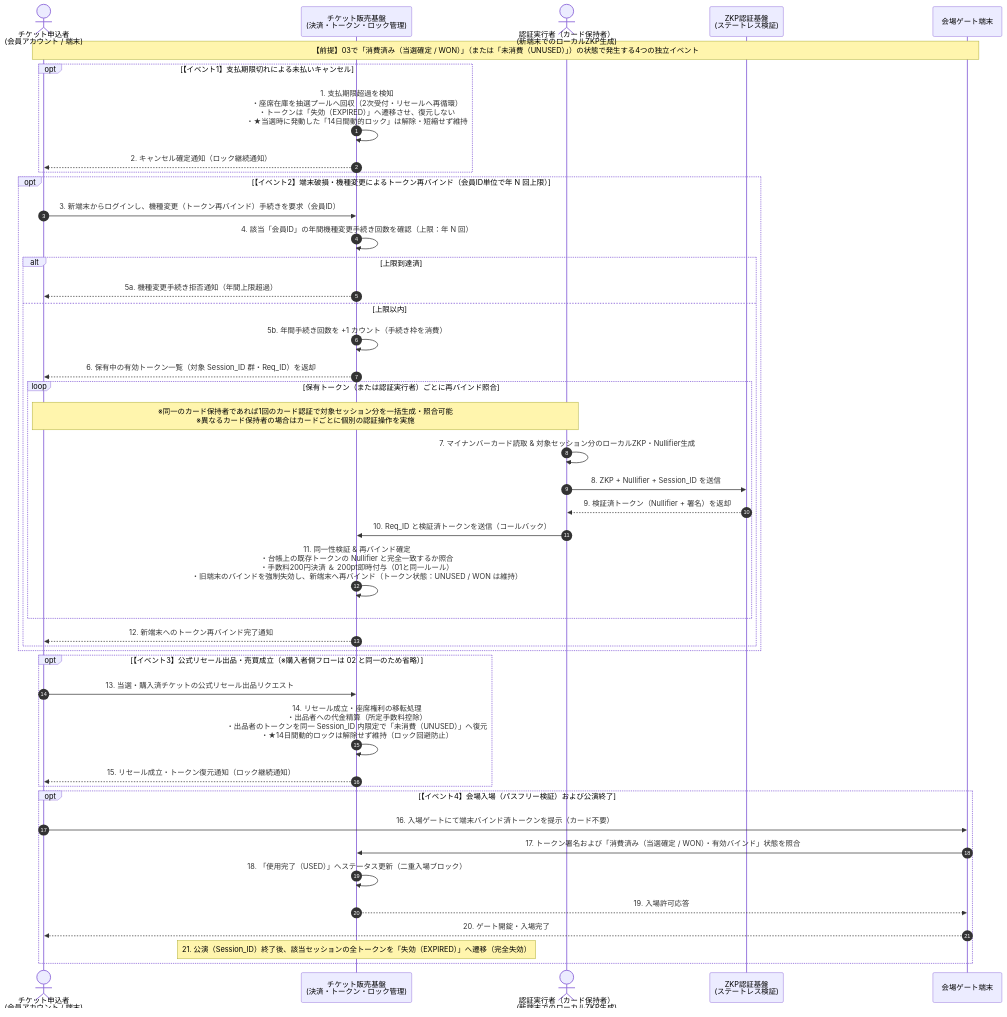
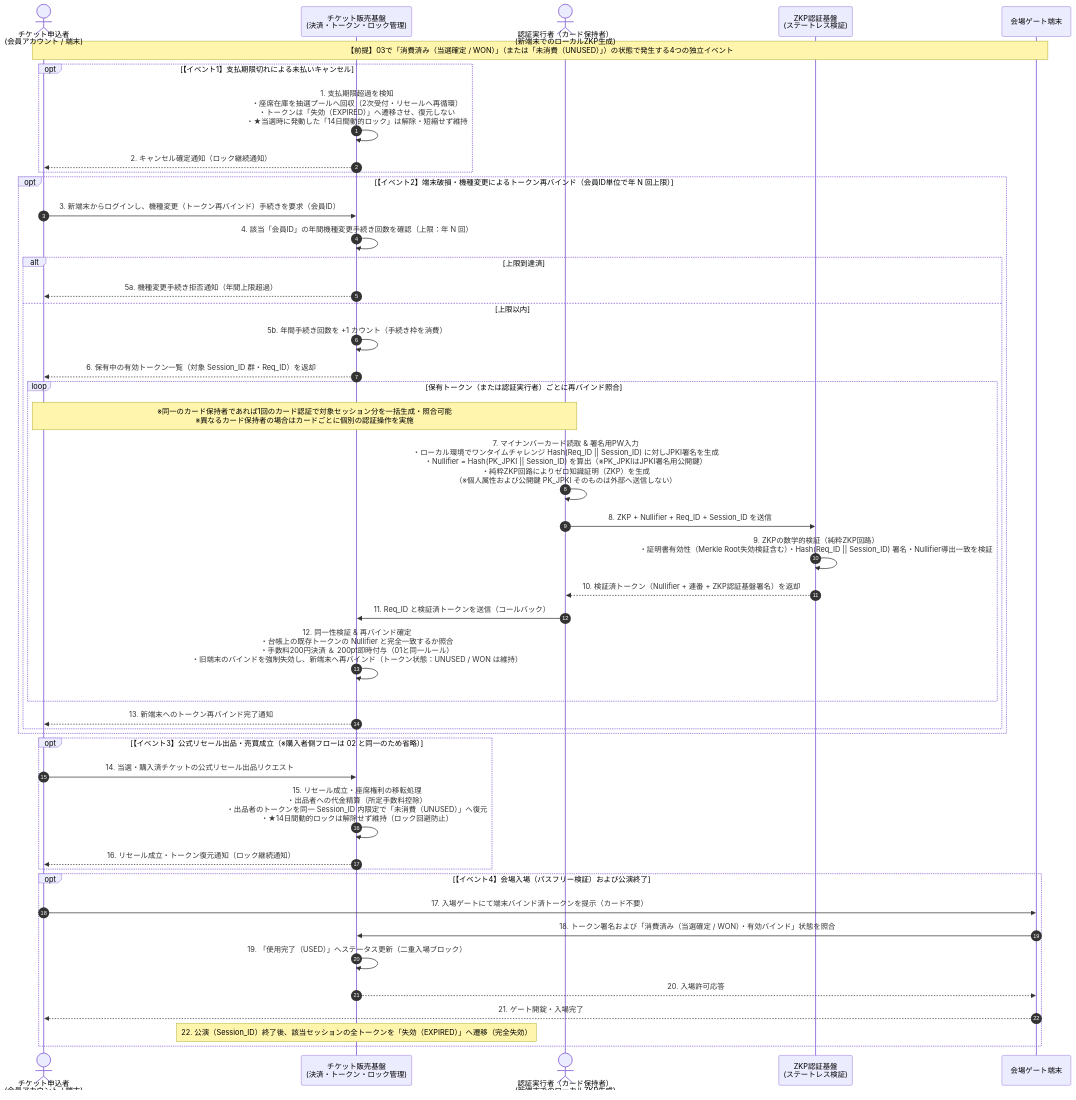
The diagram in anshin-seika-reference/sequences/04_resale_and_venue_entry.md (naochantoiresouji/anshin-seika), drawn with Mermaid before and after one commit. The commit also changed 4 other files, not shown here.

````diff
--- a/anshin-seika-reference/sequences/04_resale_and_venue_entry.md
+++ b/anshin-seika-reference/sequences/04_resale_and_venue_entry.md
@@ -2,60 +2,60 @@
 ```mermaid
 %%{init: {'theme': 'default'}}%%
-
 
 
 sequenceDiagram
     autonumber
     actor Applicant as チケット申込者<br/>(会員アカウント / 端末)
     participant SalesSys as チケット販売基盤<br/>(決済・トークン・ロック管理)
     actor Executor as 認証実行者（カード保持者）<br/>(新端末でのローカルZKP生成)
     participant ZkpAuth as ZKP認証基盤<br/>(ステートレス検証)
     participant Gate as 会場ゲート端末
 
     Note over Applicant, Gate: 【前提】03で「消費済み（当選確定 / WON）」（または「未消費（UNUSED）」）の状態で発生する4つの独立イベント
 
     %% イベント1：未払いキャンセル
     opt 【イベント1】支払期限切れによる未払いキャンセル
         SalesSys->>SalesSys: 1. 支払期限超過を検知<br/>・座席在庫を抽選プールへ回収（2次受付・リセールへ再循環）<br/>・トークンは「失効（EXPIRED）」へ遷移させ、復元しない<br/>・★当選時に発動した「14日間動的ロック」は解除・短縮せず維持
         SalesSys-->>Applicant: 2. キャンセル確定通知（ロック継続通知）
     end
 
     %% イベント2：機種変更・端末破損時の再バインド
     opt 【イベント2】端末破損・機種変更によるトークン再バインド（会員ID単位で年 N 回上限）
         Applicant->>SalesSys: 3. 新端末からログインし、機種変更（トークン再バインド）手続きを要求（会員ID）
         SalesSys->>SalesSys: 4. 該当「会員ID」の年間機種変更手続き回数を確認（上限：年 N 回）
         alt 上限到達済
             SalesSys-->>Applicant: 5a. 機種変更手続き拒否通知（年間上限超過）
         else 上限以内
             SalesSys->>SalesSys: 5b. 年間手続き回数を +1 カウント（手続き枠を消費）
             SalesSys-->>Applicant: 6. 保有中の有効トークン一覧（対象 Session_ID 群・Req_ID）を返却
 
             loop 保有トークン（または認証実行者）ごとに再バインド照合
                 Note over Applicant, Executor: ※同一のカード保持者であれば1回のカード認証で対象セッション分を一括生成・照合可能<br/>※異なるカード保持者の場合はカードごとに個別の認証操作を実施
-                Executor->>Executor: 7. マイナンバーカード読取 & 対象セッション分のローカルZKP・Nullifier生成
-                Executor->>ZkpAuth: 8. ZKP + Nullifier + Session_ID を送信
-                ZkpAuth-->>Executor: 9. 検証済トークン（Nullifier + 署名）を返却
-                Executor->>SalesSys: 10. Req_ID と検証済トークンを送信（コールバック）
-                SalesSys->>SalesSys: 11. 同一性検証 & 再バインド確定<br/>・台帳上の既存トークンの Nullifier と完全一致するか照合<br/>・手数料200円決済 ＆ 200pt即時付与（01と同一ルール）<br/>・旧端末のバインドを強制失効し、新端末へ再バインド（トークン状態：UNUSED / WON は維持）
+                Executor->>Executor: 7. マイナンバーカード読取 & 署名用PW入力<br/>・ローカル環境でワンタイムチャレンジ Hash(Req_ID || Session_ID) に対しJPKI署名を生成<br/>・Nullifier = Hash(PK_JPKI || Session_ID) を算出（※PK_JPKIはJPKI署名用公開鍵）<br/>・純粋ZKP回路によりゼロ知識証明（ZKP）を生成<br/>（※個人属性および公開鍵 PK_JPKI そのものは外部へ送信しない）
+                Executor->>ZkpAuth: 8. ZKP + Nullifier + Req_ID + Session_ID を送信
+                ZkpAuth->>ZkpAuth: 9. ZKPの数学的検証（純粋ZKP回路）<br/>・証明書有効性（Merkle Root失効検証含む）・Hash(Req_ID || Session_ID) 署名・Nullifier導出一致を検証
+                ZkpAuth-->>Executor: 10. 検証済トークン（Nullifier + 連番 + ZKP認証基盤署名）を返却
+                Executor->>SalesSys: 11. Req_ID と検証済トークンを送信（コールバック）
+                SalesSys->>SalesSys: 12. 同一性検証 & 再バインド確定<br/>・台帳上の既存トークンの Nullifier と完全一致するか照合<br/>・手数料200円決済 ＆ 200pt即時付与（01と同一ルール）<br/>・旧端末のバインドを強制失効し、新端末へ再バインド（トークン状態：UNUSED / WON は維持）
             end
-            SalesSys-->>Applicant: 12. 新端末へのトークン再バインド完了通知
+            SalesSys-->>Applicant: 13. 新端末へのトークン再バインド完了通知
         end
     end
 
     %% イベント3：公式リセール出品・成立（出品者側）
     opt 【イベント3】公式リセール出品・売買成立（※購入者側フローは 02 と同一のため省略）
-        Applicant->>SalesSys: 13. 当選・購入済チケットの公式リセール出品リクエスト
-        SalesSys->>SalesSys: 14. リセール成立・座席権利の移転処理<br/>・出品者への代金精算（所定手数料控除）<br/>・出品者のトークンを同一 Session_ID 内限定で「未消費（UNUSED）」へ復元<br/>・★14日間動的ロックは解除せず維持（ロック回避防止）
-        SalesSys-->>Applicant: 15. リセール成立・トークン復元通知（ロック継続通知）
+        Applicant->>SalesSys: 14. 当選・購入済チケットの公式リセール出品リクエスト
+        SalesSys->>SalesSys: 15. リセール成立・座席権利の移転処理<br/>・出品者への代金精算（所定手数料控除）<br/>・出品者のトークンを同一 Session_ID 内限定で「未消費（UNUSED）」へ復元<br/>・★14日間動的ロックは解除せず維持（ロック回避防止）
+        SalesSys-->>Applicant: 16. リセール成立・トークン復元通知（ロック継続通知）
     end
 
     %% イベント4：当日会場入場とセッション終了失効
     opt 【イベント4】会場入場（パスフリー検証）および公演終了
-        Applicant->>Gate: 16. 入場ゲートにて端末バインド済トークンを提示（カード不要）
-        Gate->>SalesSys: 17. トークン署名および「消費済み（当選確定 / WON）・有効バインド」状態を照合
-        SalesSys->>SalesSys: 18. 「使用完了（USED）」へステータス更新（二重入場ブロック）
-        SalesSys-->>Gate: 19. 入場許可応答
-        Gate-->>Applicant: 20. ゲート開錠・入場完了
-        Note over SalesSys: 21. 公演（Session_ID）終了後、該当セッションの全トークンを「失効（EXPIRED）」へ遷移（完全失効）
+        Applicant->>Gate: 17. 入場ゲートにて端末バインド済トークンを提示（カード不要）
+        Gate->>SalesSys: 18. トークン署名および「消費済み（当選確定 / WON）・有効バインド」状態を照合
+        SalesSys->>SalesSys: 19. 「使用完了（USED）」へステータス更新（二重入場ブロック）
+        SalesSys-->>Gate: 20. 入場許可応答
+        Gate-->>Applicant: 21. ゲート開錠・入場完了
+        Note over SalesSys: 22. 公演（Session_ID）終了後、該当セッションの全トークンを「失効（EXPIRED）」へ遷移（完全失効）
     end
 ```
````
